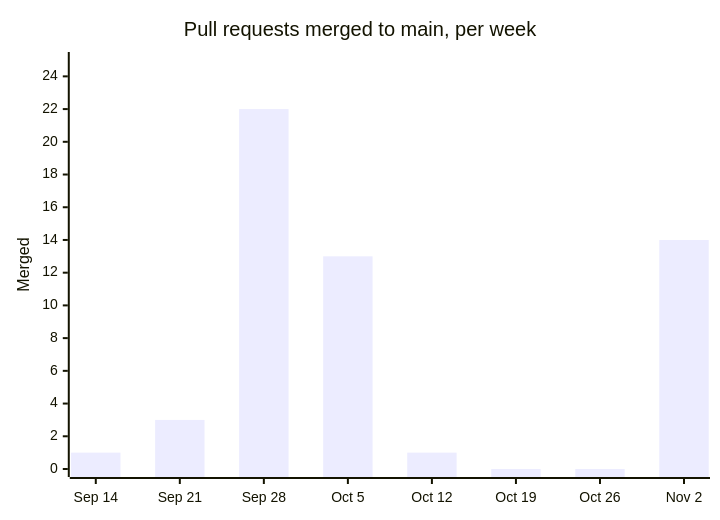
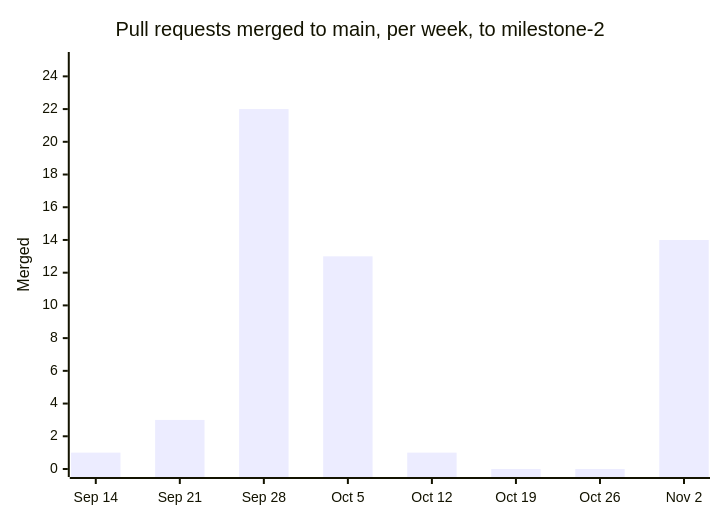
The diagram in docs/process/metrics.md (orvaldez/RoomSync), drawn with Mermaid before and after one commit. The commit also changed other lines of this file, not shown here.

First line of the commit message:
docs: measure Milestone 2 at the moved milestone-2 tag

````diff
--- a/docs/process/metrics.md
+++ b/docs/process/metrics.md
@@ -177,7 +177,7 @@
 ```mermaid
 xychart-beta
-    title "Pull requests merged to main, per week"
+    title "Pull requests merged to main, per week, to milestone-2"
     x-axis ["Sep 14", "Sep 21", "Sep 28", "Oct 5", "Oct 12", "Oct 19", "Oct 26", "Nov 2"]
     y-axis "Merged" 0 --> 25
     bar [1, 3, 22, 13, 1, 0, 0, 14]
 ```
````
